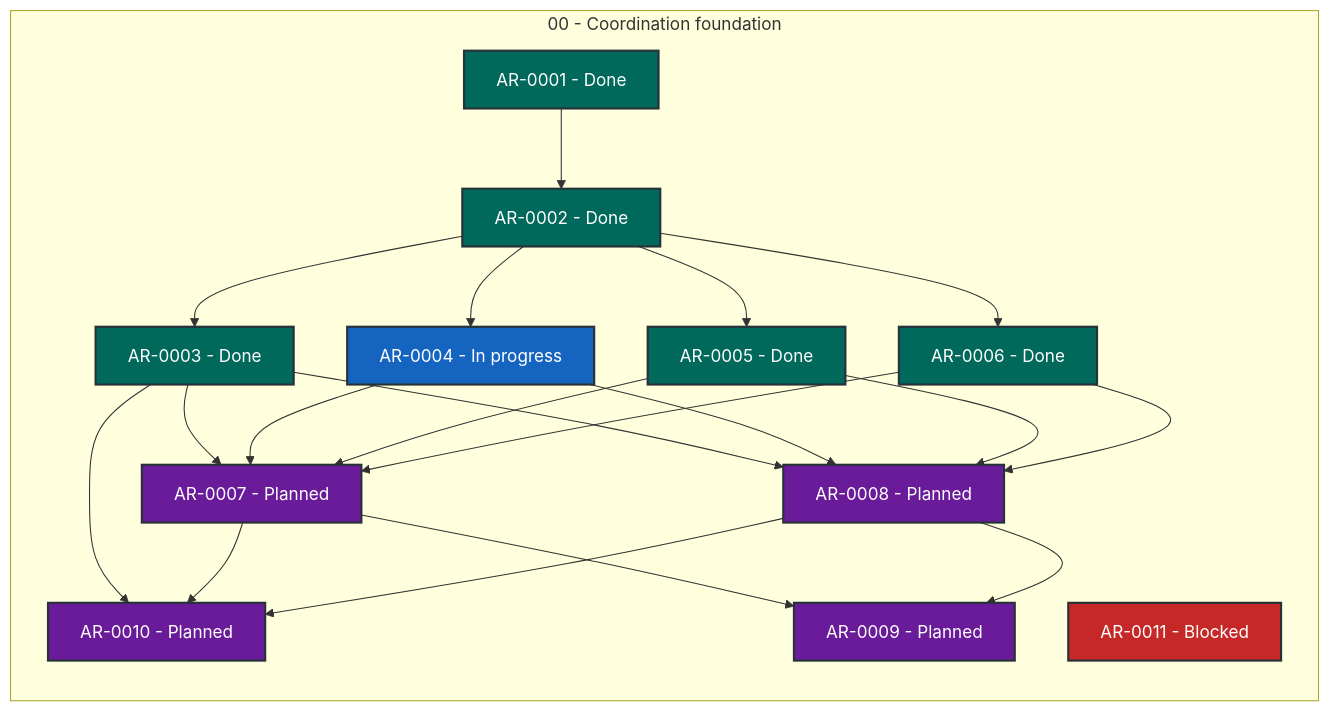
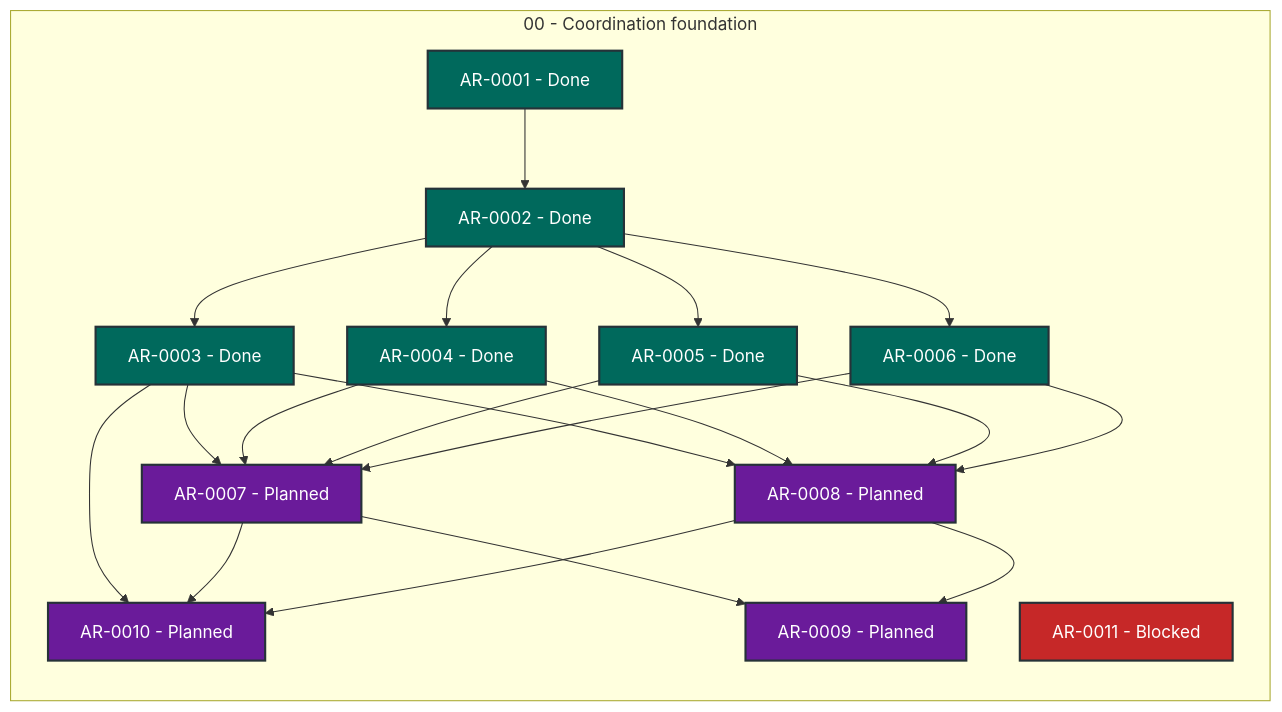
One commit to martin-beck/agent-workflow-coordinator-state changed the diagram in STATUS.md. Above: the diagram before and after it, drawn with Mermaid. The commit also changed other lines of this file and 2 other files, not shown here.

````diff
--- a/STATUS.md
+++ b/STATUS.md
@@ -27,43 +27,43 @@
 ```mermaid
 flowchart LR
     subgraph series_00["00 - Coordination foundation"]
         direction TB
         AR_0001["AR-0001 - Done"]:::status_done
         AR_0002["AR-0002 - Done"]:::status_done
         AR_0003["AR-0003 - Done"]:::status_done
-        AR_0004["AR-0004 - In progress"]:::status_in_progress
+        AR_0004["AR-0004 - Done"]:::status_done
         AR_0005["AR-0005 - Done"]:::status_done
         AR_0006["AR-0006 - Done"]:::status_done
         AR_0007["AR-0007 - Planned"]:::status_planned
         AR_0008["AR-0008 - Planned"]:::status_planned
         AR_0009["AR-0009 - Planned"]:::status_planned
         AR_0010["AR-0010 - Planned"]:::status_planned
         AR_0011["AR-0011 - Blocked"]:::status_blocked
     end
     AR_0001 --> AR_0002
     AR_0002 --> AR_0003
     AR_0002 --> AR_0004
     AR_0002 --> AR_0005
     AR_0002 --> AR_0006
     AR_0003 --> AR_0007
     AR_0003 --> AR_0008
     AR_0003 --> AR_0010
     AR_0004 --> AR_0007
     AR_0004 --> AR_0008
     AR_0005 --> AR_0007
     AR_0005 --> AR_0008
     AR_0006 --> AR_0007
     AR_0006 --> AR_0008
     AR_0007 --> AR_0009
     AR_0007 --> AR_0010
     AR_0008 --> AR_0009
     AR_0008 --> AR_0010
     classDef status_in_progress fill:#1565c0,color:#ffffff,stroke:#263238,stroke-width:2px
     classDef status_open fill:#2e7d32,color:#ffffff,stroke:#263238,stroke-width:2px
     classDef status_blocked fill:#c62828,color:#ffffff,stroke:#263238,stroke-width:2px
     classDef status_planned fill:#6a1b9a,color:#ffffff,stroke:#263238,stroke-width:2px
     classDef status_future fill:#455a64,color:#ffffff,stroke:#263238,stroke-width:2px
     classDef status_done fill:#00695c,color:#ffffff,stroke:#263238,stroke-width:2px
     classDef status_cancelled fill:#616161,color:#ffffff,stroke:#263238,stroke-width:2px
     classDef status_superseded fill:#5d4037,color:#ffffff,stroke:#263238,stroke-width:2px
 ```
````
